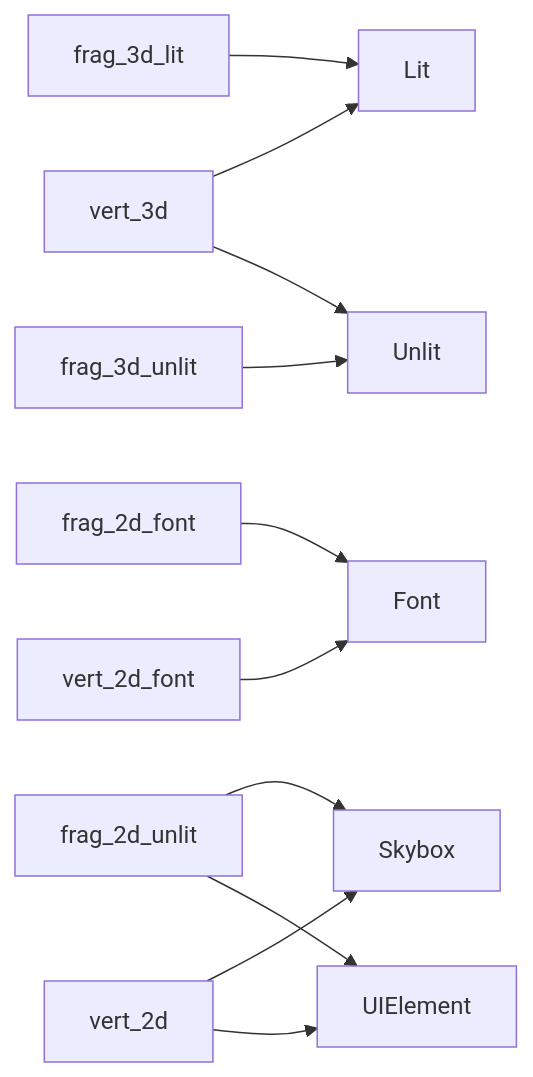
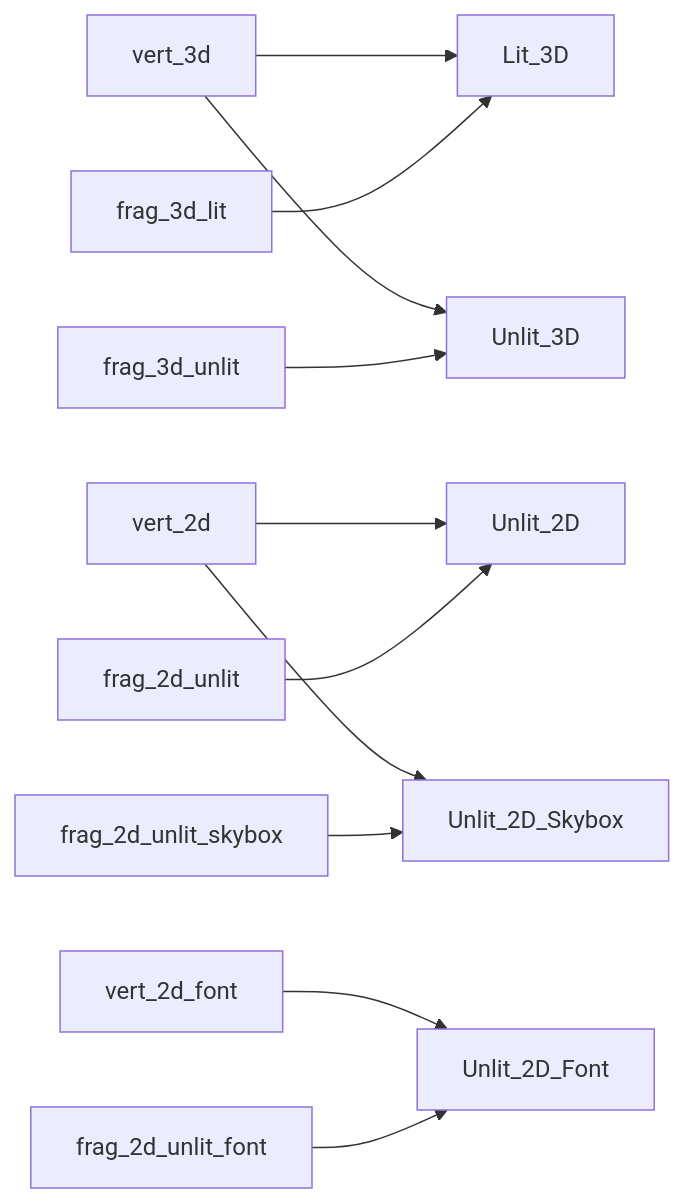
One commit to JordanMillett/Crux changed the diagram in CruxDocs/docs/shader-presets.md. Above: the diagram before and after it, drawn with Mermaid. The commit also changed 2 other files, not shown here.

````diff
--- a/CruxDocs/docs/shader-presets.md
+++ b/CruxDocs/docs/shader-presets.md
@@ -3,17 +3,17 @@
 ```mermaid
 graph LR
-    frag_3d_lit --> Lit
-    vert_3d --> Lit
+	vert_3d --> Lit_3D
+    frag_3d_lit --> Lit_3D
 
-    frag_3d_unlit --> Unlit
-    vert_3d --> Unlit
+	vert_3d --> Unlit_3D
+    frag_3d_unlit --> Unlit_3D
 
-    frag_2d_font --> Font
-    vert_2d_font --> Font
+	vert_2d --> Unlit_2D
+	frag_2d_unlit --> Unlit_2D
 
-    frag_2d_unlit --> Skybox
-    vert_2d --> Skybox
+	vert_2d_font --> Unlit_2D_Font
+    frag_2d_unlit_font --> Unlit_2D_Font
 
-    frag_2d_unlit --> UIElement
-    vert_2d --> UIElement
+    vert_2d --> Unlit_2D_Skybox
+    frag_2d_unlit_skybox --> Unlit_2D_Skybox
 ```
````
